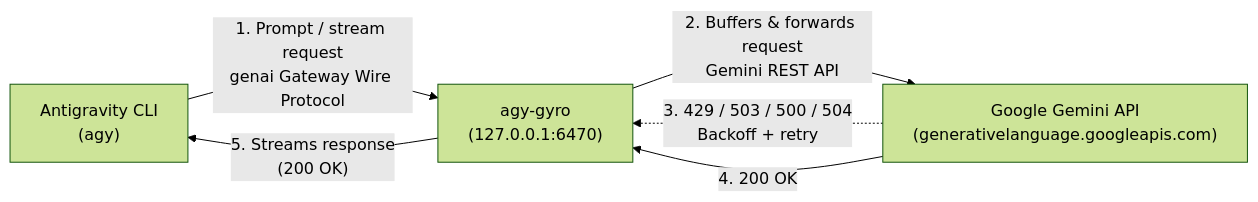
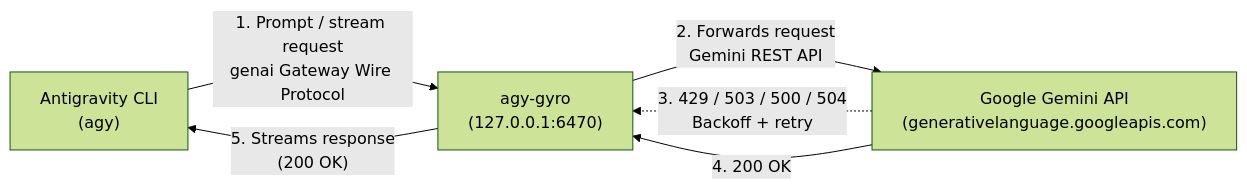
Before and after one commit to topjohnwu/agy-gyro: the diagram in README.md, drawn with Mermaid (forest theme). The commit also changed other lines of this file and 6 other files, not shown here.

````diff
--- a/README.md
+++ b/README.md
@@ -38,12 +38,12 @@
 ```mermaid
 flowchart LR
     AGY["Antigravity CLI\n(agy)"]
     GYRO["agy-gyro\n(127.0.0.1:6470)"]
     GEMINI["Google Gemini API\n(generativelanguage.googleapis.com)"]
 
     AGY -- "1. Prompt / stream request\ngenai Gateway Wire Protocol" --> GYRO
-    GYRO -- "2. Buffers & forwards request\nGemini REST API" --> GEMINI
+    GYRO -- "2. Forwards request\nGemini REST API" --> GEMINI
     GEMINI -. "3. 429 / 503 / 500 / 504\nBackoff + retry" .-> GYRO
     GEMINI -- "4. 200 OK" --> GYRO
     GYRO -- "5. Streams response\n(200 OK)" --> AGY
 ```
````
